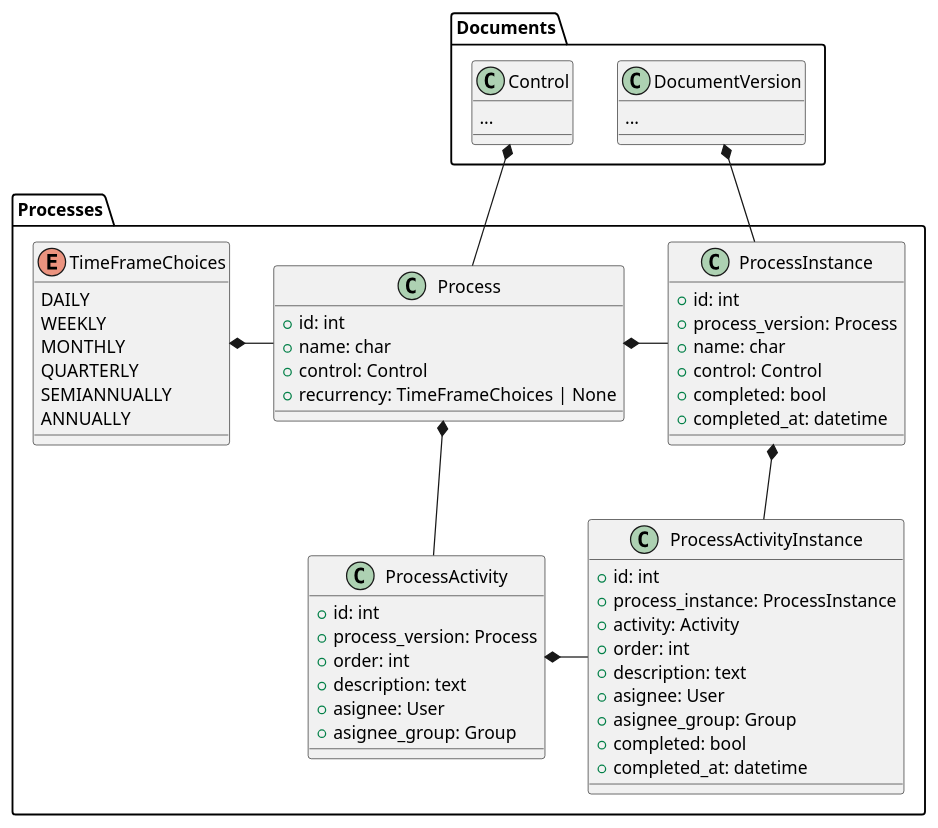
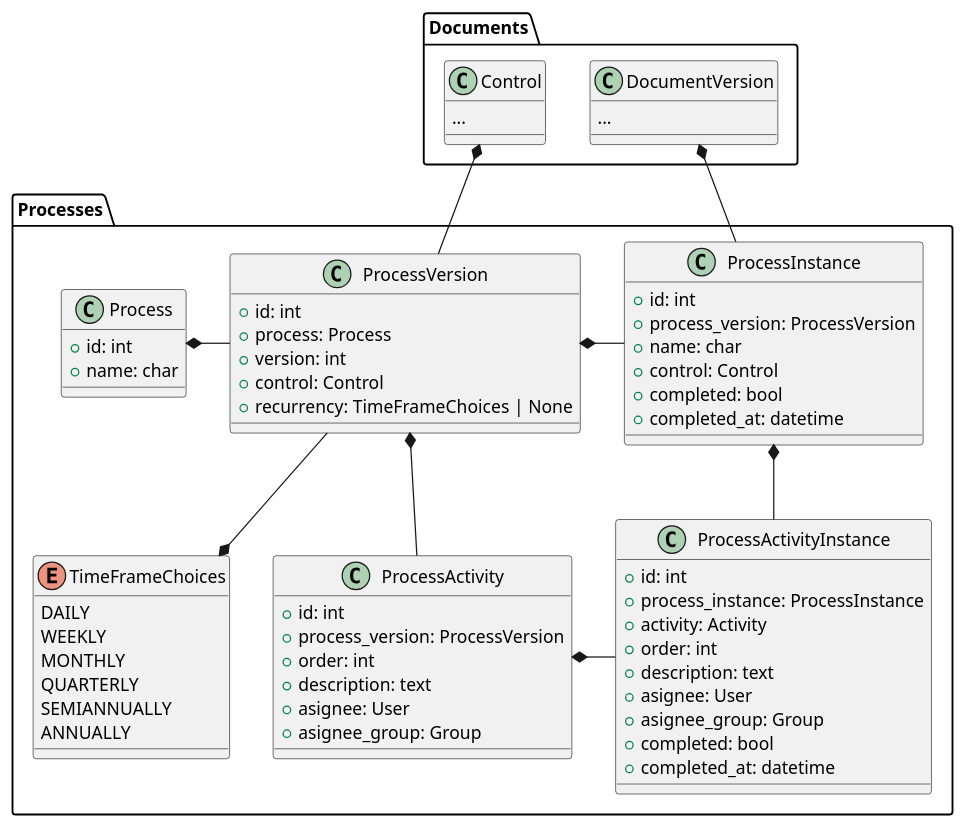
One commit to Gabo-araya/sgsi_ext changed the fourth of 4 diagrams in docs/rfc/InitialModellingRFC.md. Above: the diagram before and after it, drawn with PlantUML. The commit also changed 34 other files, not shown here.

````diff
--- a/docs/rfc/InitialModellingRFC.md
+++ b/docs/rfc/InitialModellingRFC.md
@@ -187,62 +187,68 @@
 ```plantuml
 package Processes {
     class Process {
         + id: int
         + name: char
+    }
+    class ProcessVersion {
+        + id: int
+        + process: Process
+        + version: int
         + control: Control
         + recurrency: TimeFrameChoices | None
     }
     class ProcessInstance {
         + id: int
-        + process_version: Process
+        + process_version: ProcessVersion
         + name: char
         + control: Control
         + completed: bool
         + completed_at: datetime
     }
     class ProcessActivity {
         + id: int
-        + process_version: Process
+        + process_version: ProcessVersion
         + order: int
         + description: text
         + asignee: User
         + asignee_group: Group
     }
     class ProcessActivityInstance {
         + id: int
         + process_instance: ProcessInstance
         + activity: Activity
         + order: int
         + description: text
         + asignee: User
         + asignee_group: Group
         + completed: bool
         + completed_at: datetime
     }
     enum TimeFrameChoices {
         DAILY
         WEEKLY
         MONTHLY
         QUARTERLY
         SEMIANNUALLY
         ANNUALLY
     }
 }
 
 class Documents.Control {
     ...
 }
 
 class Documents.DocumentVersion {
     ...
 }
 
 
-Processes.Process -up-* Documents.Control
-Processes.Process -left* Processes.TimeFrameChoices
+Processes.ProcessVersion -up-* Documents.Control
+Processes.ProcessVersion --* Processes.TimeFrameChoices
 Processes.ProcessInstance -up-* Documents.DocumentVersion
-Processes.ProcessInstance -left* Processes.Process
-Processes.ProcessActivity --* Processes.Process
+Processes.ProcessInstance -left* Processes.ProcessVersion
+Processes.ProcessActivity --* Processes.ProcessVersion
+Processes.ProcessVersion -left-* Processes.Process
 Processes.ProcessActivityInstance -* Processes.ProcessActivity
 Processes.ProcessActivityInstance -up-* Processes.ProcessInstance
 ```
````
